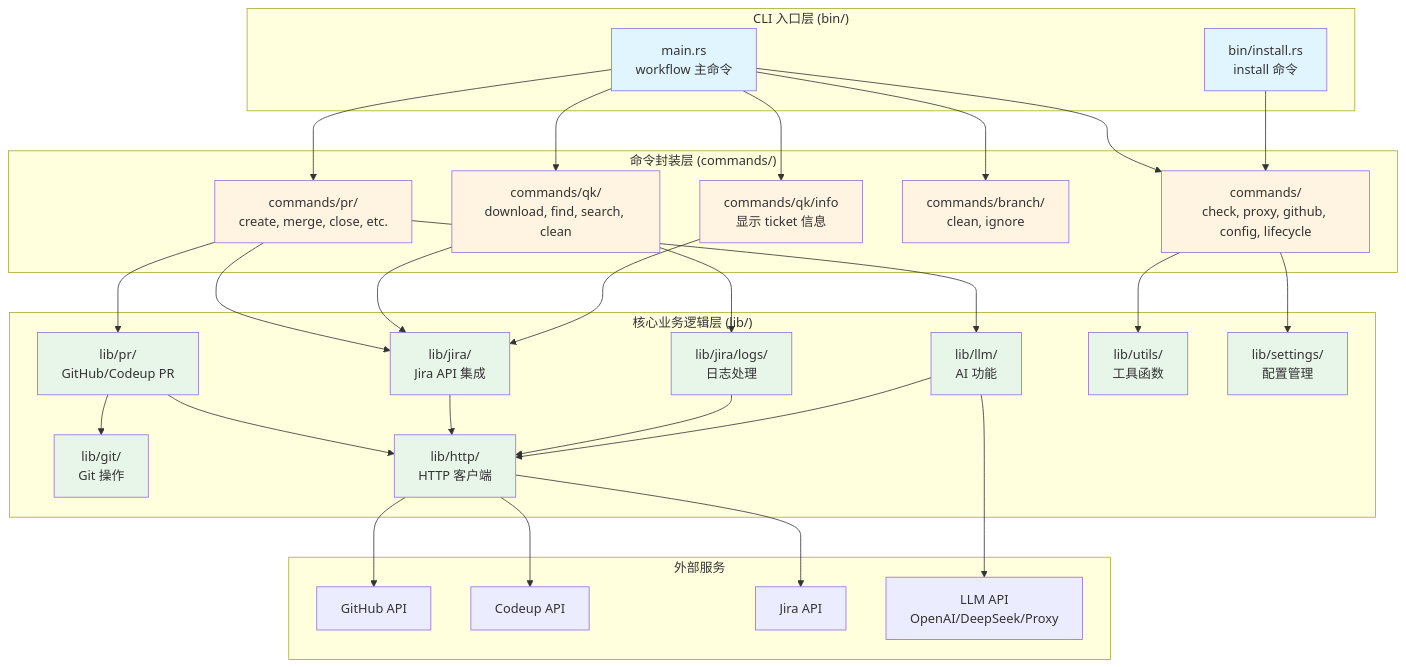
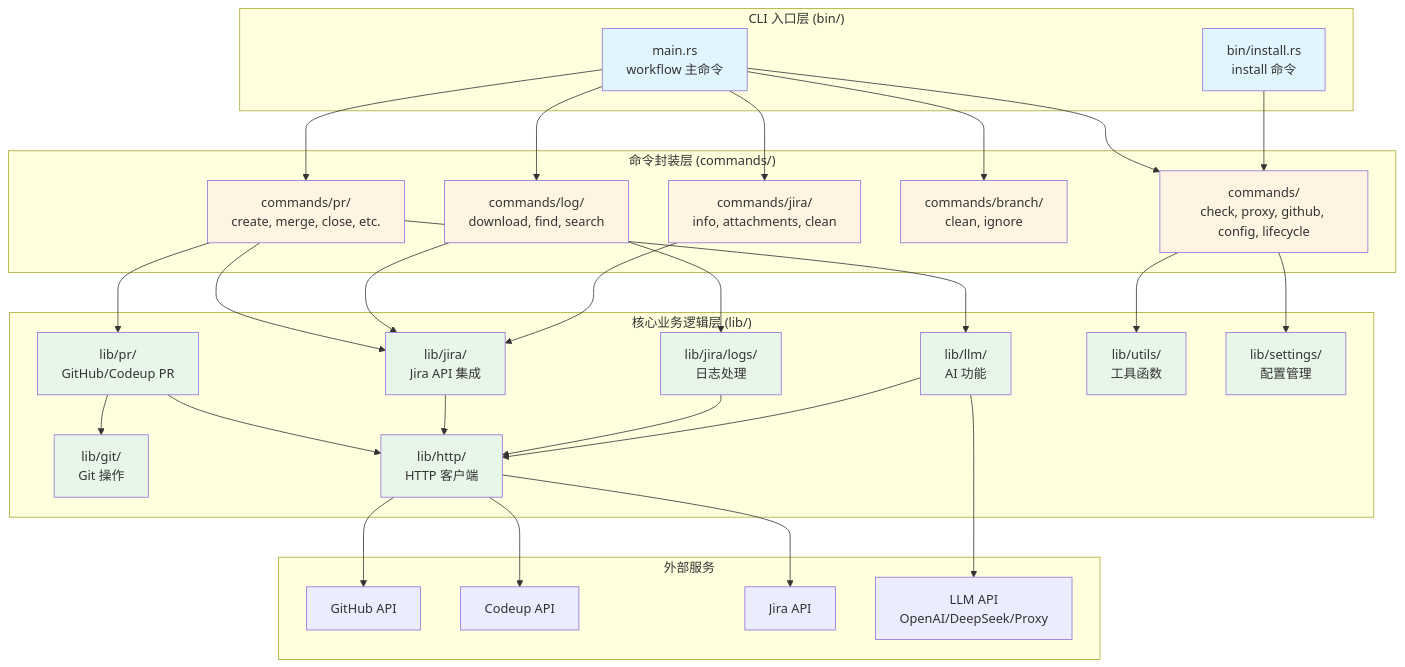
Before and after one commit to zevwings/workflow.rs: the diagram in README.md, drawn with Mermaid. The commit also changed other lines of this file and 22 other files, not shown here.

````diff
--- a/README.md
+++ b/README.md
@@ -408,75 +412,75 @@
 ```mermaid
 graph TB
     subgraph "CLI 入口层 (bin/)"
         Main[main.rs<br/>workflow 主命令]
         InstallBin[bin/install.rs<br/>install 命令]
     end
 
     subgraph "命令封装层 (commands/)"
         PRCmd[commands/pr/<br/>create, merge, close, etc.]
-        LogCmd[commands/qk/<br/>download, find, search, clean]
-        JiraCmd[commands/qk/info<br/>显示 ticket 信息]
+        LogCmd[commands/log/<br/>download, find, search]
+        JiraCmd[commands/jira/<br/>info, attachments, clean]
         BranchCmd[commands/branch/<br/>clean, ignore]
         OtherCmd[commands/<br/>check, proxy, github, config, lifecycle]
     end
 
     subgraph "核心业务逻辑层 (lib/)"
         PRLib[lib/pr/<br/>GitHub/Codeup PR]
         JiraLib[lib/jira/<br/>Jira API 集成]
         LogLib[lib/jira/logs/<br/>日志处理]
         LLMLib[lib/llm/<br/>AI 功能]
         GitLib[lib/git/<br/>Git 操作]
         HttpLib[lib/http/<br/>HTTP 客户端]
         UtilsLib[lib/utils/<br/>工具函数]
         SettingsLib[lib/settings/<br/>配置管理]
     end
 
     subgraph "外部服务"
         GitHub[GitHub API]
         Codeup[Codeup API]
         Jira[Jira API]
         LLM[LLM API<br/>OpenAI/DeepSeek/Proxy]
     end
 
     Main --> PRCmd
     Main --> LogCmd
     Main --> JiraCmd
     Main --> BranchCmd
     Main --> OtherCmd
     InstallBin --> OtherCmd
 
     PRCmd --> PRLib
     PRCmd --> LLMLib
     PRCmd --> JiraLib
     LogCmd --> LogLib
     LogCmd --> JiraLib
     JiraCmd --> JiraLib
     OtherCmd --> UtilsLib
     OtherCmd --> SettingsLib
 
     PRLib --> HttpLib
     PRLib --> GitLib
     JiraLib --> HttpLib
     LogLib --> HttpLib
     LLMLib --> HttpLib
     HttpLib --> GitHub
     HttpLib --> Codeup
     HttpLib --> Jira
     LLMLib --> LLM
 
     style Main fill:#e1f5ff
     style InstallBin fill:#e1f5ff
     style PRCmd fill:#fff4e1
     style LogCmd fill:#fff4e1
     style JiraCmd fill:#fff4e1
     style BranchCmd fill:#fff4e1
     style OtherCmd fill:#fff4e1
     style PRLib fill:#e8f5e9
     style JiraLib fill:#e8f5e9
     style LogLib fill:#e8f5e9
     style LLMLib fill:#e8f5e9
     style GitLib fill:#e8f5e9
     style HttpLib fill:#e8f5e9
     style UtilsLib fill:#e8f5e9
     style SettingsLib fill:#e8f5e9
 ```
````
